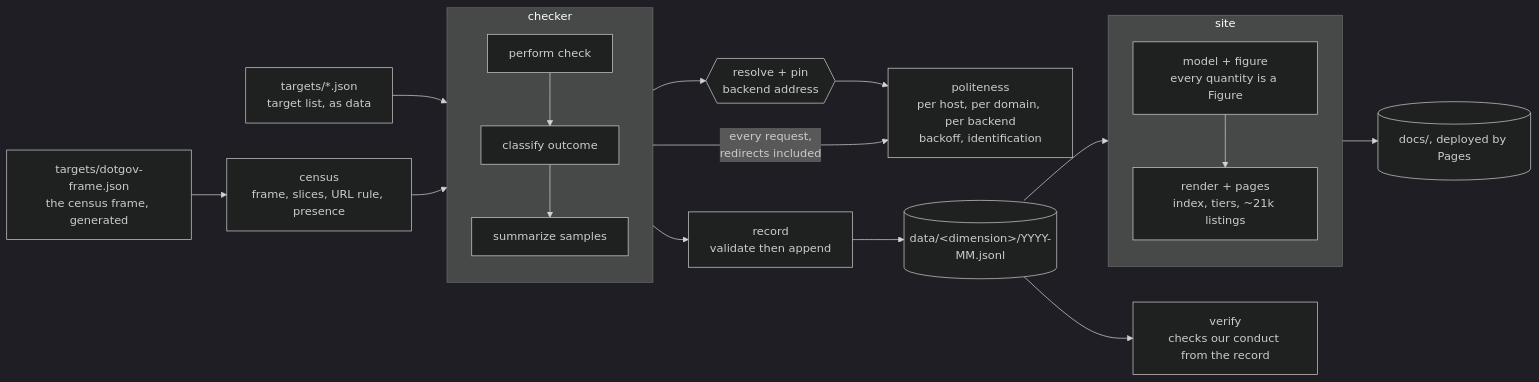
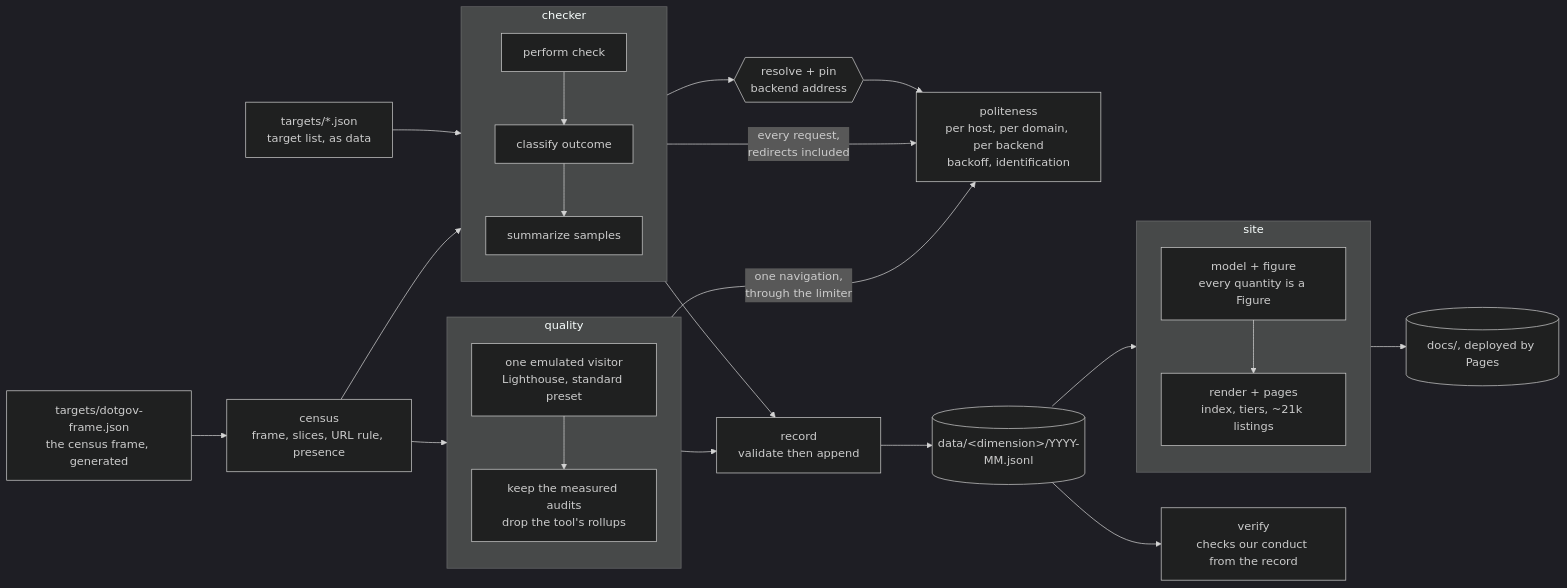
One commit to theDotGovDev/govWebChecker changed the first of 2 diagrams in ARCHITECTURE.md. Above: the diagram before and after it, drawn with Mermaid (dark theme). The commit also changed other lines of this file and 6 other files, not shown here.

````diff
--- a/ARCHITECTURE.md
+++ b/ARCHITECTURE.md
@@ -15,24 +15,31 @@
 ```mermaid
 flowchart LR
     targets[targets/*.json<br/>target list, as data] --> checker
     subgraph checker[checker]
         direction TB
         C1[perform check] --> C2[classify outcome]
         C2 --> C3[summarize samples]
     end
     checker -->|every request,<br/>redirects included| politeness
     politeness[politeness<br/>per host, per domain, per backend<br/>backoff, identification]
     dns{{resolve + pin<br/>backend address}} --> politeness
     checker --> dns
     frame[targets/dotgov-frame.json<br/>the census frame, generated] --> census
     census[census<br/>frame, slices, URL rule, presence] --> checker
+    census --> quality
+    subgraph quality[quality]
+        direction TB
+        Q1[one emulated visitor<br/>Lighthouse, standard preset] --> Q2[keep the measured audits<br/>drop the tool's rollups]
+    end
+    quality -->|one navigation,<br/>through the limiter| politeness
     checker --> record[record<br/>validate then append]
+    quality --> record
     record --> data[(data/&lt;dimension&gt;/YYYY-MM.jsonl)]
     data --> verify[verify<br/>checks our conduct from the record]
     data --> site
     subgraph site[site]
         direction TB
         S1[model + figure<br/>every quantity is a Figure] --> S2[render + pages<br/>index, tiers, ~21k listings]
     end
     site --> docs[(docs/, deployed by Pages)]
 ```
````
